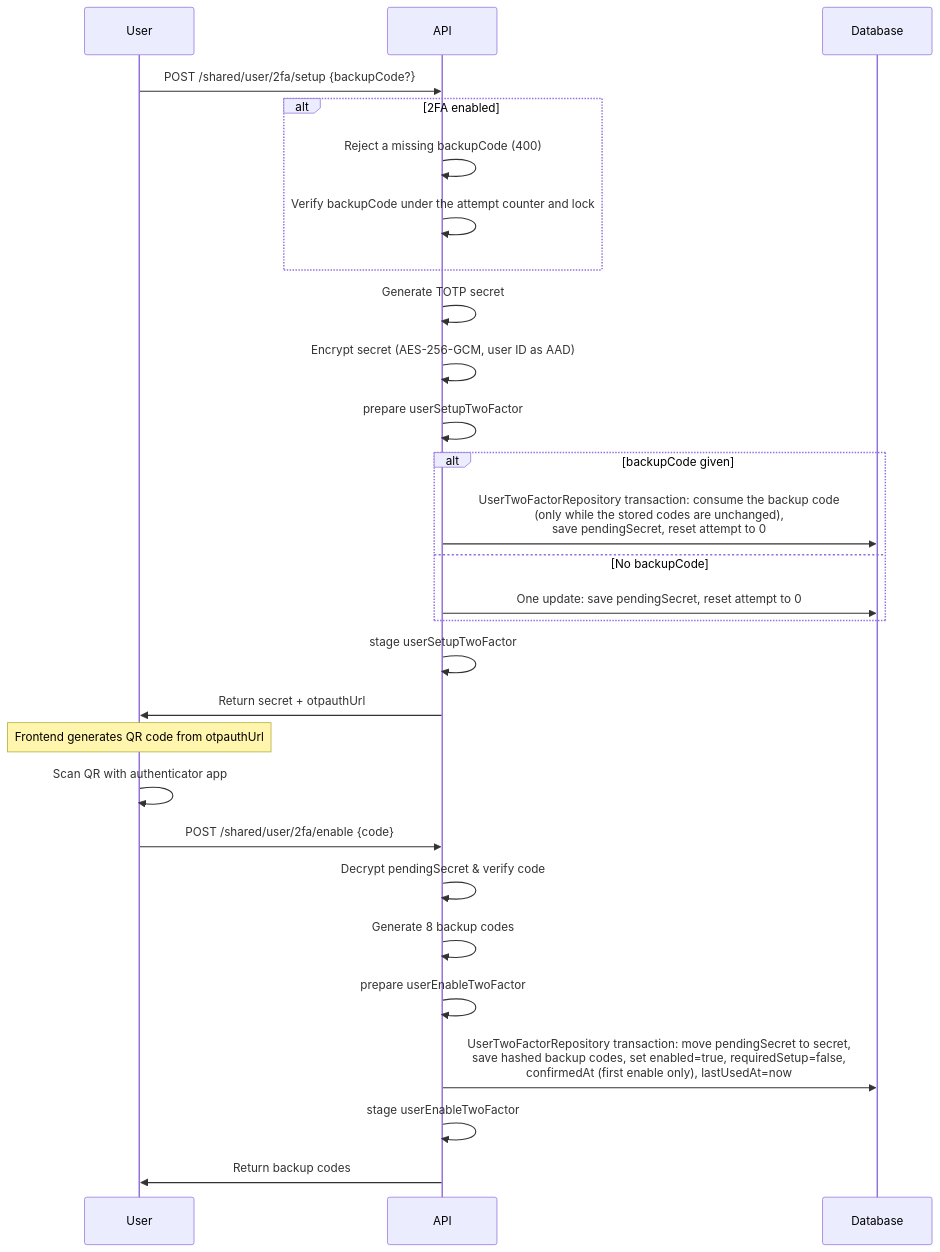
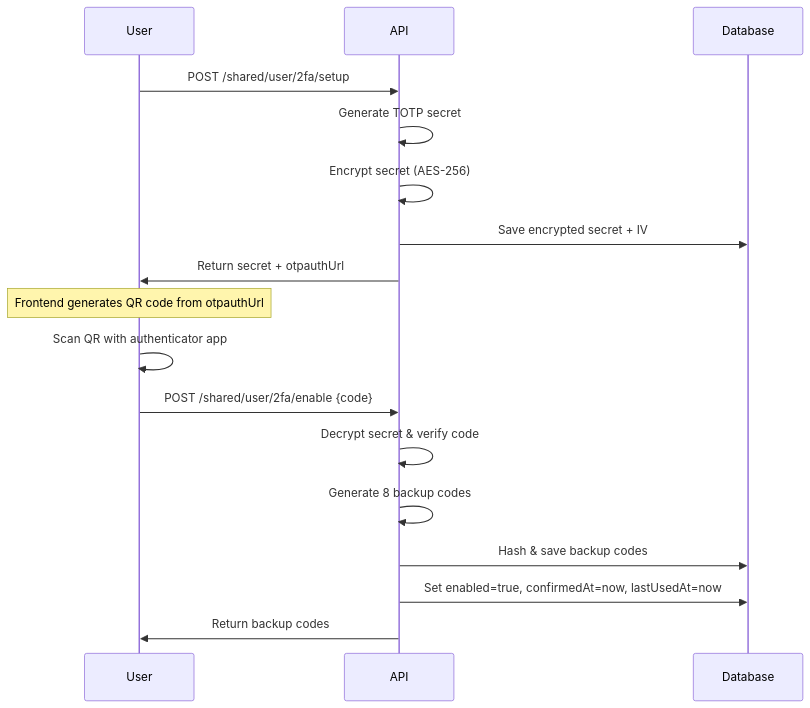
The first of 9 diagrams in docs/two-factor.md (andrechristikan/ack-nestjs-boilerplate), drawn with Mermaid before and after one commit. The commit also changed other lines of this file and 1480 other files, not shown here.

````diff
--- a/docs/two-factor.md
+++ b/docs/two-factor.md
@@ -205,31 +188,20 @@
 ```mermaid
 sequenceDiagram
     participant User
     participant API
     participant Database
 
-    User->>API: POST /shared/user/2fa/setup {backupCode?}
-    alt 2FA enabled
-        API->>API: Reject a missing backupCode (400)
-        API->>API: Verify backupCode under the attempt counter and lock
-    end
+    User->>API: POST /shared/user/2fa/setup
     API->>API: Generate TOTP secret
-    API->>API: Encrypt secret (AES-256-GCM, user ID as AAD)
-    API->>API: prepare userSetupTwoFactor
-    alt backupCode given
-        API->>Database: UserTwoFactorRepository transaction: consume the backup code<br/>(only while the stored codes are unchanged),<br/>save pendingSecret, reset attempt to 0
-    else No backupCode
-        API->>Database: One update: save pendingSecret, reset attempt to 0
-    end
-    API->>API: stage userSetupTwoFactor
+    API->>API: Encrypt secret (AES-256)
+    API->>Database: Save encrypted secret + IV
     API->>User: Return secret + otpauthUrl
     Note over User: Frontend generates QR code from otpauthUrl
     User->>User: Scan QR with authenticator app
     User->>API: POST /shared/user/2fa/enable {code}
-    API->>API: Decrypt pendingSecret & verify code
+    API->>API: Decrypt secret & verify code
     API->>API: Generate 8 backup codes
-    API->>API: prepare userEnableTwoFactor
-    API->>Database: UserTwoFactorRepository transaction: move pendingSecret to secret,<br/>save hashed backup codes, set enabled=true, requiredSetup=false,<br/>confirmedAt (first enable only), lastUsedAt=now
-    API->>API: stage userEnableTwoFactor
+    API->>Database: Hash & save backup codes
+    API->>Database: Set enabled=true, confirmedAt=now, lastUsedAt=now
     API->>User: Return backup codes
 ```
````
